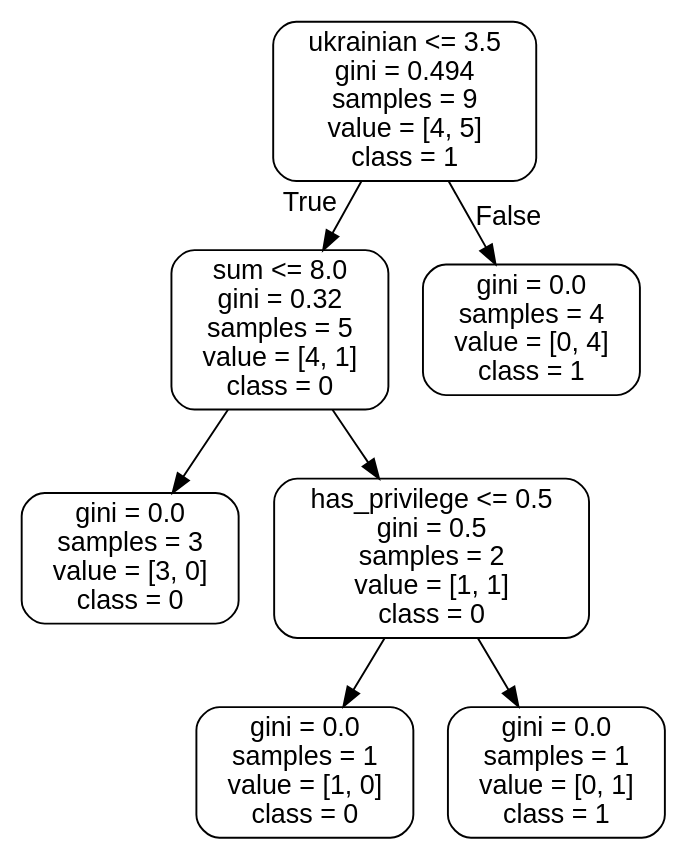
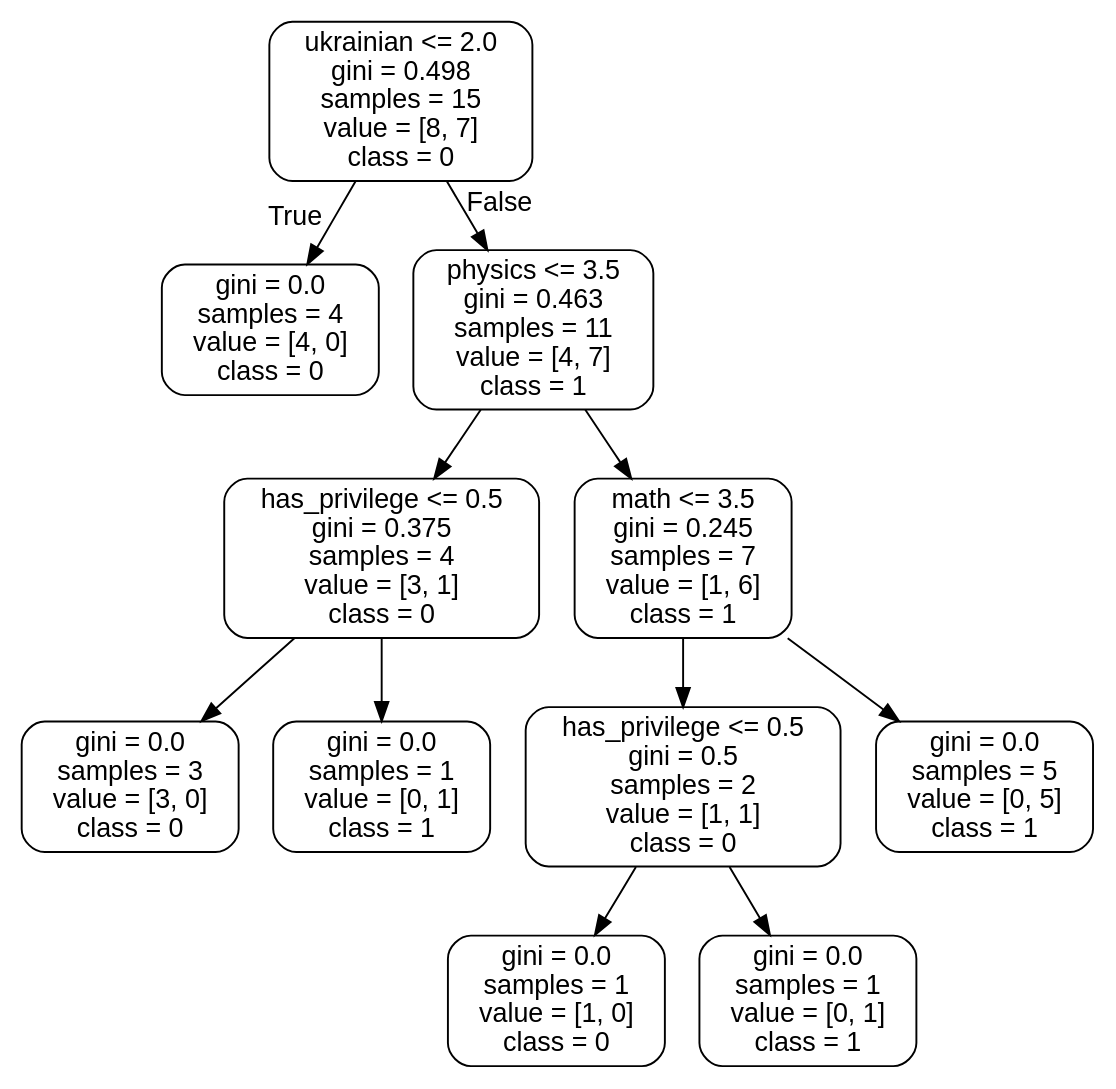
The diagram in dan/tree.dot (yhetman/projects-in-progress), drawn with Graphviz before and after one commit. The commit also changed 7 other files, not shown here.

```diff
--- a/dan/tree.dot
+++ b/dan/tree.dot
@@ -1,17 +1,25 @@
 digraph Tree {
 node [shape=box, style="rounded", color="black", fontname=helvetica] ;
 edge [fontname=helvetica] ;
-0 [label="ukrainian <= 3.5\ngini = 0.494\nsamples = 9\nvalue = [4, 5]\nclass = 1"] ;
-1 [label="sum <= 8.0\ngini = 0.32\nsamples = 5\nvalue = [4, 1]\nclass = 0"] ;
+0 [label="ukrainian <= 2.0\ngini = 0.498\nsamples = 15\nvalue = [8, 7]\nclass = 0"] ;
+1 [label="gini = 0.0\nsamples = 4\nvalue = [4, 0]\nclass = 0"] ;
 0 -> 1 [labeldistance=2.5, labelangle=45, headlabel="True"] ;
-2 [label="gini = 0.0\nsamples = 3\nvalue = [3, 0]\nclass = 0"] ;
-1 -> 2 ;
-3 [label="has_privilege <= 0.5\ngini = 0.5\nsamples = 2\nvalue = [1, 1]\nclass = 0"] ;
-1 -> 3 ;
-4 [label="gini = 0.0\nsamples = 1\nvalue = [1, 0]\nclass = 0"] ;
+2 [label="physics <= 3.5\ngini = 0.463\nsamples = 11\nvalue = [4, 7]\nclass = 1"] ;
+0 -> 2 [labeldistance=2.5, labelangle=-45, headlabel="False"] ;
+3 [label="has_privilege <= 0.5\ngini = 0.375\nsamples = 4\nvalue = [3, 1]\nclass = 0"] ;
+2 -> 3 ;
+4 [label="gini = 0.0\nsamples = 3\nvalue = [3, 0]\nclass = 0"] ;
 3 -> 4 ;
 5 [label="gini = 0.0\nsamples = 1\nvalue = [0, 1]\nclass = 1"] ;
 3 -> 5 ;
-6 [label="gini = 0.0\nsamples = 4\nvalue = [0, 4]\nclass = 1"] ;
-0 -> 6 [labeldistance=2.5, labelangle=-45, headlabel="False"] ;
+6 [label="math <= 3.5\ngini = 0.245\nsamples = 7\nvalue = [1, 6]\nclass = 1"] ;
+2 -> 6 ;
+7 [label="has_privilege <= 0.5\ngini = 0.5\nsamples = 2\nvalue = [1, 1]\nclass = 0"] ;
+6 -> 7 ;
+8 [label="gini = 0.0\nsamples = 1\nvalue = [1, 0]\nclass = 0"] ;
+7 -> 8 ;
+9 [label="gini = 0.0\nsamples = 1\nvalue = [0, 1]\nclass = 1"] ;
+7 -> 9 ;
+10 [label="gini = 0.0\nsamples = 5\nvalue = [0, 5]\nclass = 1"] ;
+6 -> 10 ;
 }
```
